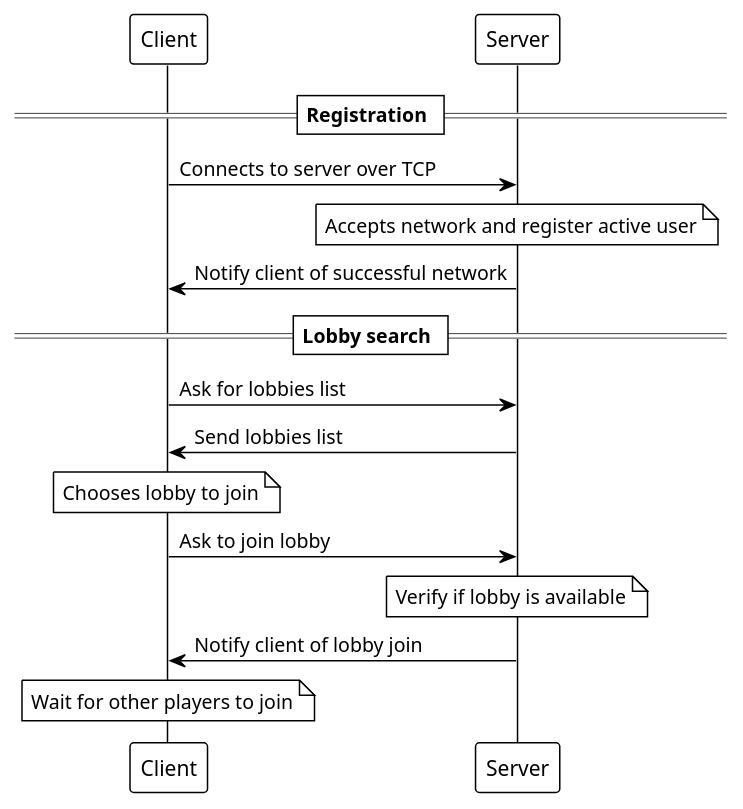
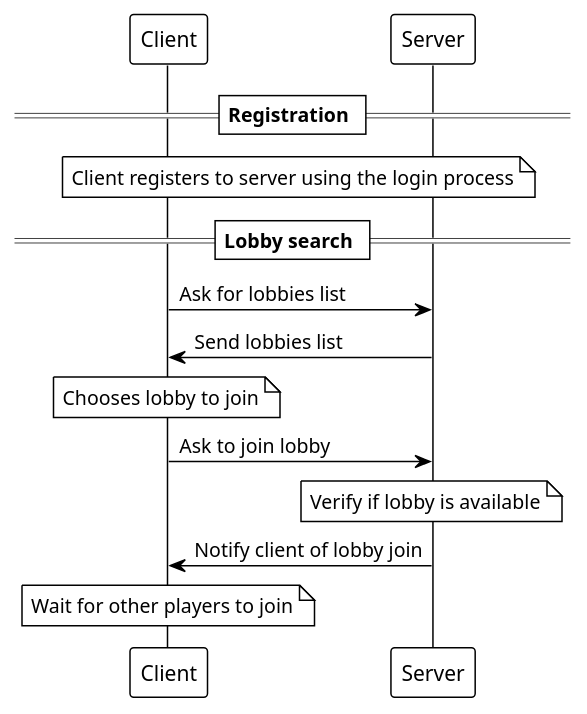
Before and after one commit to MarcoMeinardi/ing-sw-2023-Maltagliati-Manfredonia-Meinardi-Merlino: the diagram in deliverables/join.plantuml, drawn with PlantUML. The commit also changed 2 other files, not shown here.

```diff
--- a/deliverables/join.plantuml
+++ b/deliverables/join.plantuml
@@ -1,22 +1,20 @@
 @startuml
 !theme plain
 participant "Client" as C
 participant "Server" as S
 
 == Registration ==
 
-C -> S: Connects to server over TCP
-note over S: Accepts network and register active user
-S -> C: Notify client of successful network
+note over C, S: Client registers to server using the login process
 
 == Lobby search ==
 
 C -> S: Ask for lobbies list
 S -> C: Send lobbies list
 note over C: Chooses lobby to join
 C -> S: Ask to join lobby
 note over S: Verify if lobby is available
 S -> C: Notify client of lobby join
 note over C: Wait for other players to join
 
 @enduml
```
